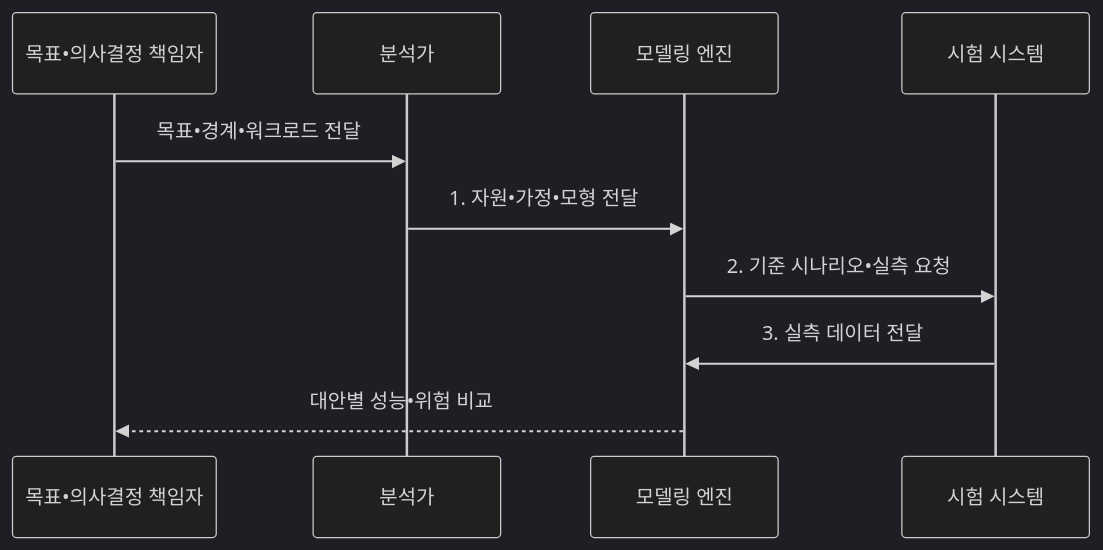
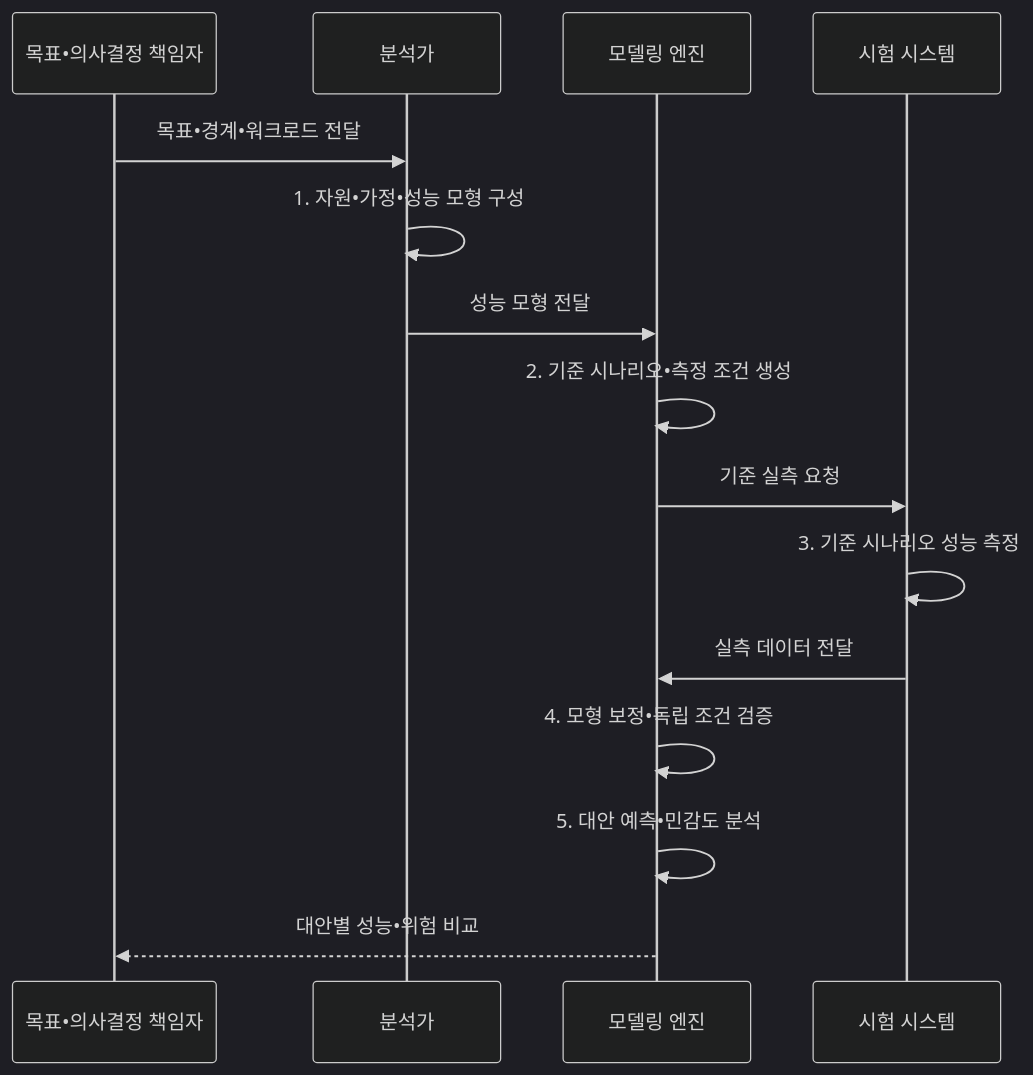
The second of 2 diagrams in src/content/docs/notes/06-evaluation/011_performance_modeling.md (agnusdei1207/knowledge-base), drawn with Mermaid (dark theme) before and after one commit. The commit also changed other lines of this file and 20 other files, not shown here.

````diff
--- a/src/content/docs/notes/06-evaluation/011_performance_modeling.md
+++ b/src/content/docs/notes/06-evaluation/011_performance_modeling.md
@@ -102,12 +102,17 @@
 ```mermaid
 sequenceDiagram
   participant O as 목표•의사결정 책임자
   participant A as 분석가
   participant M as 모델링 엔진
   participant T as 시험 시스템
   O->>A: 목표•경계•워크로드 전달
-  A->>M: 1. 자원•가정•모형 전달
-  M->>T: 2. 기준 시나리오•실측 요청
-  T->>M: 3. 실측 데이터 전달
+  A->>A: 1. 자원•가정•성능 모형 구성
+  A->>M: 성능 모형 전달
+  M->>M: 2. 기준 시나리오•측정 조건 생성
+  M->>T: 기준 실측 요청
+  T->>T: 3. 기준 시나리오 성능 측정
+  T->>M: 실측 데이터 전달
+  M->>M: 4. 모형 보정•독립 조건 검증
+  M->>M: 5. 대안 예측•민감도 분석
   M-->>O: 대안별 성능•위험 비교
 ```
````
